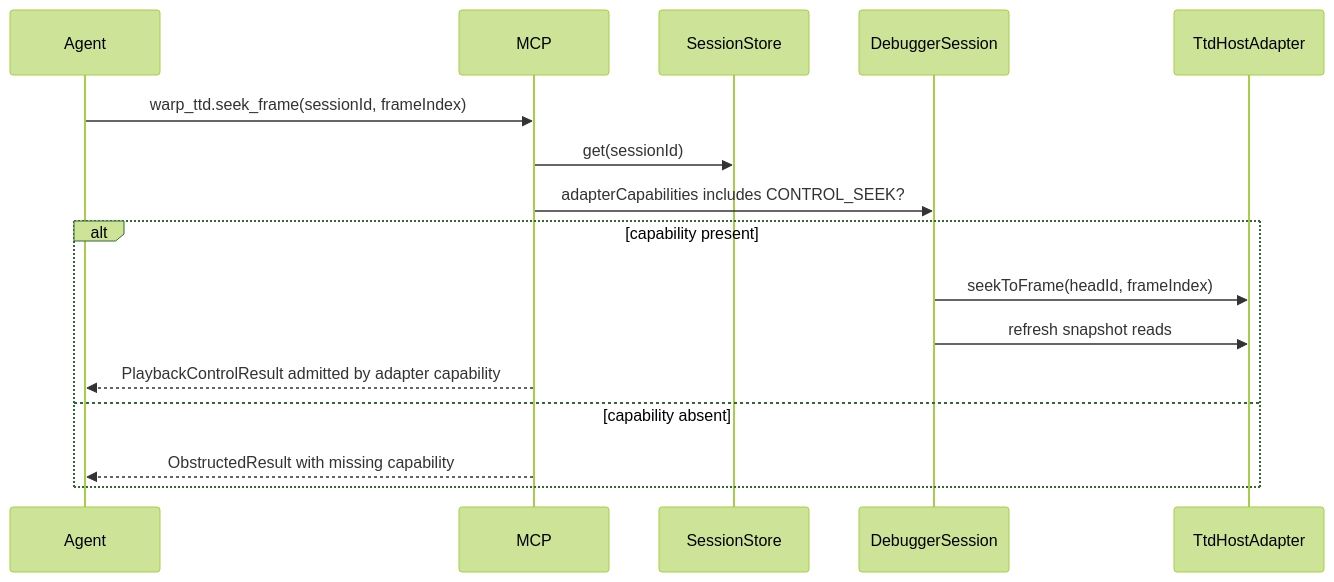
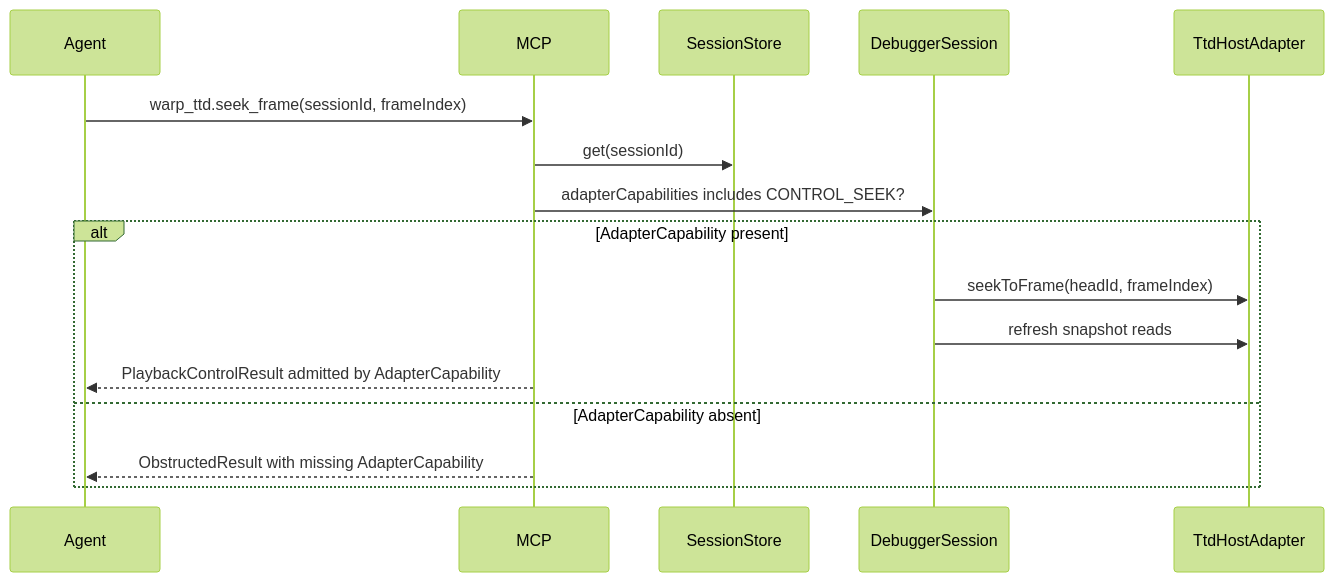
The fifth of 6 diagrams in docs/design/0022-mcp-agent-parity/mcp-agent-parity.md (flyingrobots/warp-ttd), drawn with Mermaid (forest theme) before and after one commit. The commit also changed other lines of this file and 2 other files, not shown here.

Commit message:
Fix: reserve capability vocabulary in MCP design

````diff
--- a/docs/design/0022-mcp-agent-parity/mcp-agent-parity.md
+++ b/docs/design/0022-mcp-agent-parity/mcp-agent-parity.md
@@ -245,19 +245,19 @@
 ```mermaid
 sequenceDiagram
     participant Agent
     participant MCP
     participant Store as SessionStore
     participant Session as DebuggerSession
     participant Adapter as TtdHostAdapter
 
     Agent->>MCP: warp_ttd.seek_frame(sessionId, frameIndex)
     MCP->>Store: get(sessionId)
     MCP->>Session: adapterCapabilities includes CONTROL_SEEK?
-    alt capability present
+    alt AdapterCapability present
         Session->>Adapter: seekToFrame(headId, frameIndex)
         Session->>Adapter: refresh snapshot reads
-        MCP-->>Agent: PlaybackControlResult admitted by adapter capability
-    else capability absent
-        MCP-->>Agent: ObstructedResult with missing capability
+        MCP-->>Agent: PlaybackControlResult admitted by AdapterCapability
+    else AdapterCapability absent
+        MCP-->>Agent: ObstructedResult with missing AdapterCapability
     end
 ```
````
